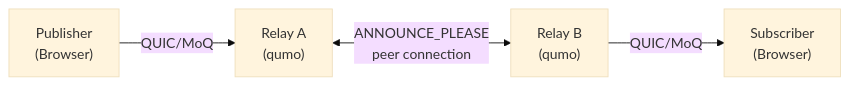
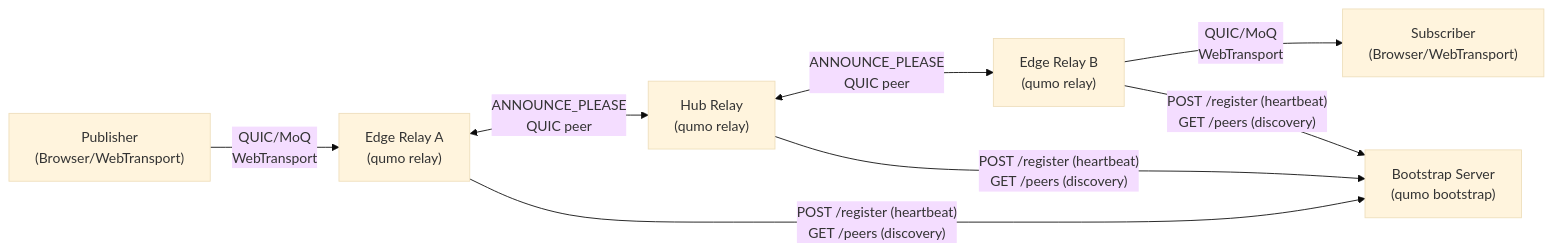
One commit to okdaichi/qumo changed the first of 2 diagrams in README.md. Above: the diagram before and after it, drawn with Mermaid (base theme). The commit also changed other lines of this file, not shown here.

Commit message:
docs: update README with new architecture diagrams and remove obsolete deployment examples

````diff
--- a/README.md
+++ b/README.md
@@ -133,11 +133,18 @@
 ```mermaid
 graph LR
-    Publisher["Publisher<br/>(Browser)"]
-    RelayA["Relay A<br/>(qumo)"]
-    RelayB["Relay B<br/>(qumo)"]
-    Subscriber["Subscriber<br/>(Browser)"]
+    Publisher["Publisher<br/>(Browser/WebTransport)"]
+    Bootstrap["Bootstrap Server<br/>(qumo bootstrap)"]
+    Hub["Hub Relay<br/>(qumo relay)"]
+    EdgeA["Edge Relay A<br/>(qumo relay)"]
+    EdgeB["Edge Relay B<br/>(qumo relay)"]
+    Subscriber["Subscriber<br/>(Browser/WebTransport)"]
 
-    Publisher -->|QUIC/MoQ| RelayA
-    RelayA <-->|"ANNOUNCE_PLEASE<br/>peer connection"| RelayB
-    RelayB -->|QUIC/MoQ| Subscriber
+    Publisher -->|"QUIC/MoQ<br/>WebTransport"| EdgeA
+    EdgeA <-->|"ANNOUNCE_PLEASE<br/>QUIC peer"| Hub
+    Hub <-->|"ANNOUNCE_PLEASE<br/>QUIC peer"| EdgeB
+    EdgeB -->|"QUIC/MoQ<br/>WebTransport"| Subscriber
+
+    EdgeA -->|"POST /register (heartbeat)<br/>GET /peers (discovery)"| Bootstrap
+    Hub -->|"POST /register (heartbeat)<br/>GET /peers (discovery)"| Bootstrap
+    EdgeB -->|"POST /register (heartbeat)<br/>GET /peers (discovery)"| Bootstrap
 ```
````
